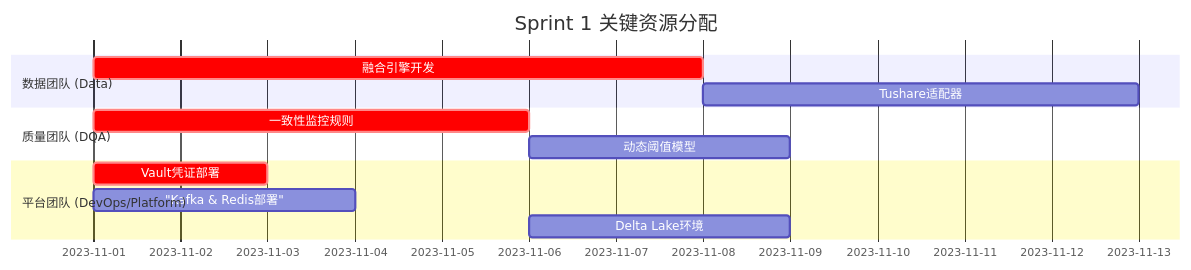
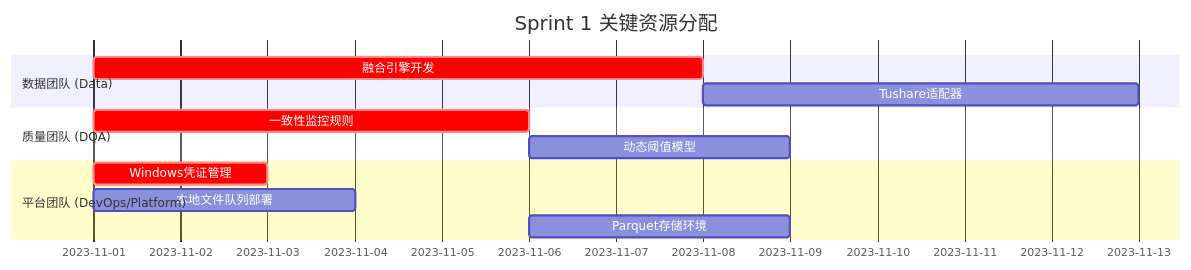
One commit to jiaenyue/project-argus-qmt-agent changed the second of 2 diagrams in argus-doc/backlog.md. Above: the diagram before and after it, drawn with Mermaid. The commit also changed other lines of this file and 340 other files, not shown here.

````diff
--- a/argus-doc/backlog.md
+++ b/argus-doc/backlog.md
@@ -214,17 +214,17 @@
     ```mermaid
     gantt
        title Sprint 1 关键资源分配
        dateFormat  YYYY-MM-DD
        section 数据团队 (Data)
        融合引擎开发      :crit, 2023-11-01, 7d
        Tushare适配器   :2023-11-08, 5d
        
        section 质量团队 (DQA)
        一致性监控规则   :crit, 2023-11-01, 5d
        动态阈值模型     :2023-11-06, 3d
        
        section 平台团队 (DevOps/Platform)
-       Vault凭证部署    :crit, 2023-11-01, 2d
-       "Kafka & Redis部署" :2023-11-01, 3d
-       Delta Lake环境  :2023-11-06, 3d
+       Windows凭证管理    :crit, 2023-11-01, 2d
+       本地文件队列部署 :2023-11-01, 3d
+       Parquet存储环境  :2023-11-06, 3d
     ```
````
